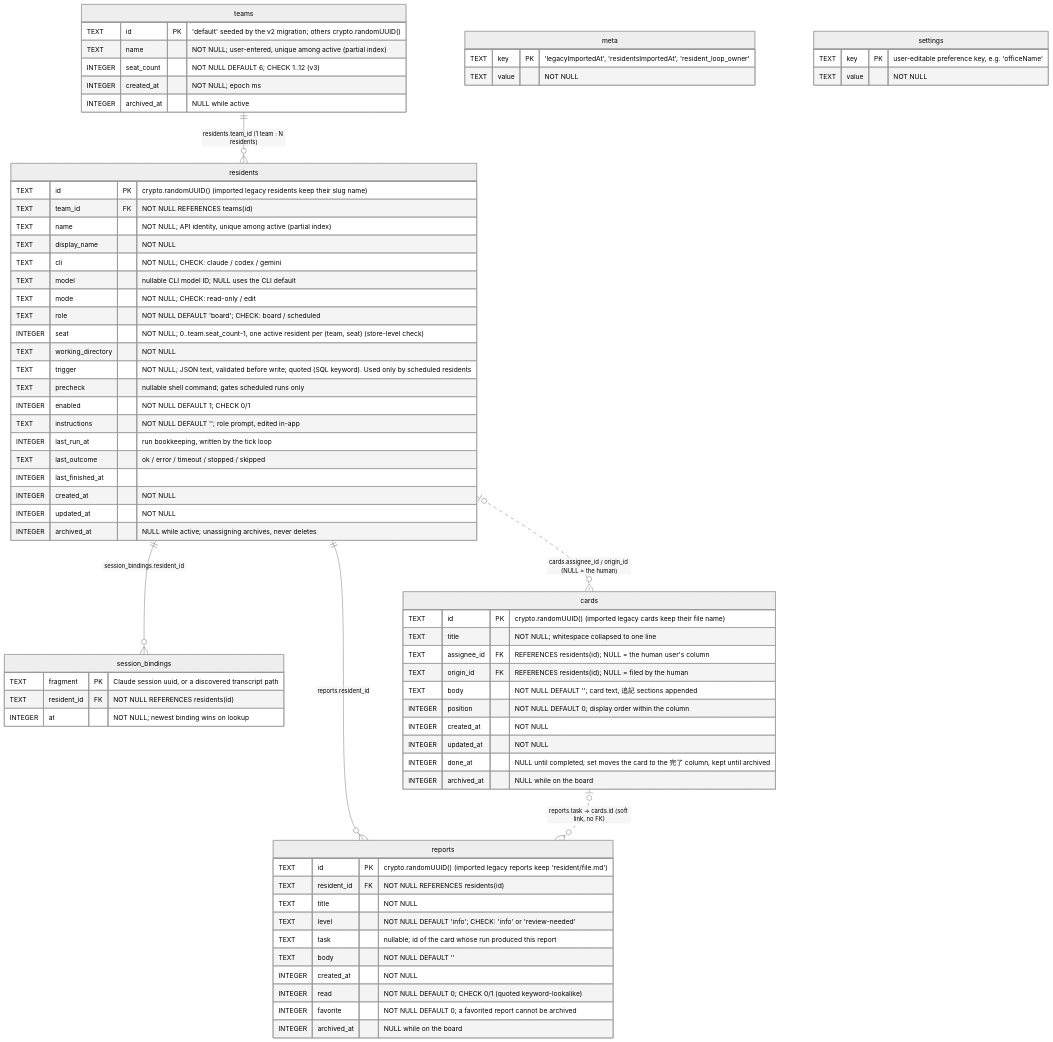
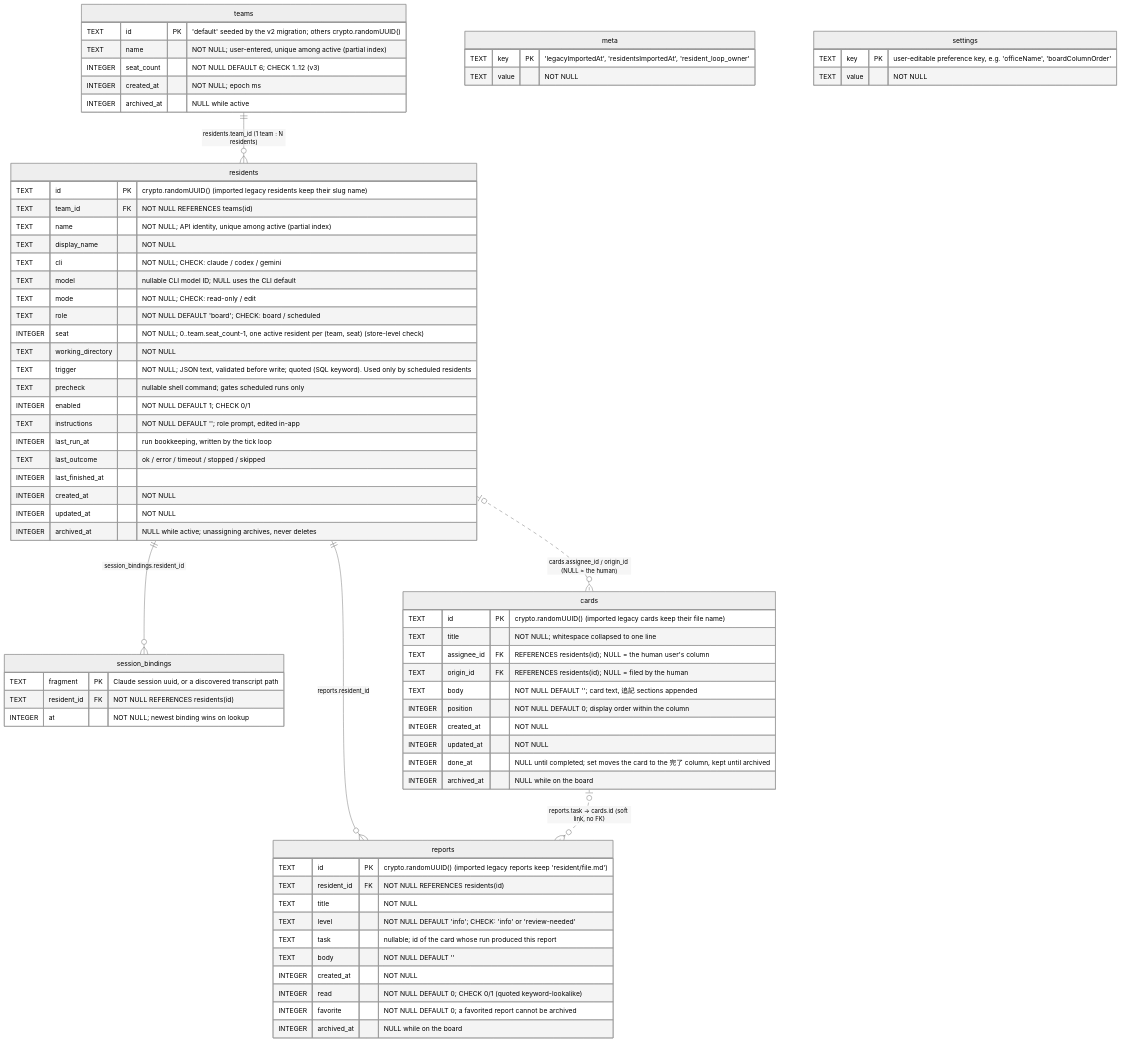
Before and after one commit to raihara3/ai-office: the diagram in docs/database.md, drawn with Mermaid (neutral theme). The commit also changed other lines of this file and 9 other files, not shown here.

````diff
--- a/docs/database.md
+++ b/docs/database.md
@@ -11,81 +11,81 @@
 ```mermaid
 erDiagram
     teams ||--o{ residents : "residents.team_id (1 team : N residents)"
     residents ||--o{ session_bindings : "session_bindings.resident_id"
     residents |o..o{ cards : "cards.assignee_id / origin_id (NULL = the human)"
     residents ||--o{ reports : "reports.resident_id"
     cards |o..o{ reports : "reports.task → cards.id (soft link, no FK)"
 
     teams {
         TEXT    id          PK "'default' seeded by the v2 migration; others crypto.randomUUID()"
         TEXT    name           "NOT NULL; user-entered, unique among active (partial index)"
         INTEGER seat_count     "NOT NULL DEFAULT 6; CHECK 1..12 (v3)"
         INTEGER created_at     "NOT NULL; epoch ms"
         INTEGER archived_at    "NULL while active"
     }
 
     residents {
         TEXT    id                PK "crypto.randomUUID() (imported legacy residents keep their slug name)"
         TEXT    team_id           FK "NOT NULL REFERENCES teams(id)"
         TEXT    name              "NOT NULL; API identity, unique among active (partial index)"
         TEXT    display_name      "NOT NULL"
         TEXT    cli               "NOT NULL; CHECK: claude / codex / gemini"
         TEXT    model             "nullable CLI model ID; NULL uses the CLI default"
         TEXT    mode              "NOT NULL; CHECK: read-only / edit"
         TEXT    role              "NOT NULL DEFAULT 'board'; CHECK: board / scheduled"
         INTEGER seat              "NOT NULL; 0..team.seat_count-1, one active resident per (team, seat) (store-level check)"
         TEXT    working_directory "NOT NULL"
         TEXT    trigger           "NOT NULL; JSON text, validated before write; quoted (SQL keyword). Used only by scheduled residents"
         TEXT    precheck          "nullable shell command; gates scheduled runs only"
         INTEGER enabled           "NOT NULL DEFAULT 1; CHECK 0/1"
         TEXT    instructions      "NOT NULL DEFAULT ''; role prompt, edited in-app"
         INTEGER last_run_at       "run bookkeeping, written by the tick loop"
         TEXT    last_outcome      "ok / error / timeout / stopped / skipped"
         INTEGER last_finished_at  ""
         INTEGER created_at        "NOT NULL"
         INTEGER updated_at        "NOT NULL"
         INTEGER archived_at       "NULL while active; unassigning archives, never deletes"
     }
 
     session_bindings {
         TEXT    fragment    PK "Claude session uuid, or a discovered transcript path"
         TEXT    resident_id FK "NOT NULL REFERENCES residents(id)"
         INTEGER at             "NOT NULL; newest binding wins on lookup"
     }
 
     cards {
         TEXT    id          PK "crypto.randomUUID() (imported legacy cards keep their file name)"
         TEXT    title          "NOT NULL; whitespace collapsed to one line"
         TEXT    assignee_id FK "REFERENCES residents(id); NULL = the human user's column"
         TEXT    origin_id   FK "REFERENCES residents(id); NULL = filed by the human"
         TEXT    body           "NOT NULL DEFAULT ''; card text, 追記 sections appended"
         INTEGER position       "NOT NULL DEFAULT 0; display order within the column"
         INTEGER created_at     "NOT NULL"
         INTEGER updated_at     "NOT NULL"
         INTEGER done_at        "NULL until completed; set moves the card to the 完了 column, kept until archived"
         INTEGER archived_at    "NULL while on the board"
     }
 
     reports {
         TEXT    id          PK "crypto.randomUUID() (imported legacy reports keep 'resident/file.md')"
         TEXT    resident_id FK "NOT NULL REFERENCES residents(id)"
         TEXT    title          "NOT NULL"
         TEXT    level          "NOT NULL DEFAULT 'info'; CHECK: 'info' or 'review-needed'"
         TEXT    task           "nullable; id of the card whose run produced this report"
         TEXT    body           "NOT NULL DEFAULT ''"
         INTEGER created_at     "NOT NULL"
         INTEGER read           "NOT NULL DEFAULT 0; CHECK 0/1 (quoted keyword-lookalike)"
         INTEGER favorite       "NOT NULL DEFAULT 0; a favorited report cannot be archived"
         INTEGER archived_at    "NULL while on the board"
     }
 
     meta {
         TEXT key   PK "'legacyImportedAt', 'residentsImportedAt', 'resident_loop_owner'"
         TEXT value    "NOT NULL"
     }
 
     settings {
-        TEXT key   PK "user-editable preference key, e.g. 'officeName'"
+        TEXT key   PK "user-editable preference key, e.g. 'officeName', 'boardColumnOrder'"
         TEXT value    "NOT NULL"
     }
 ```
````
